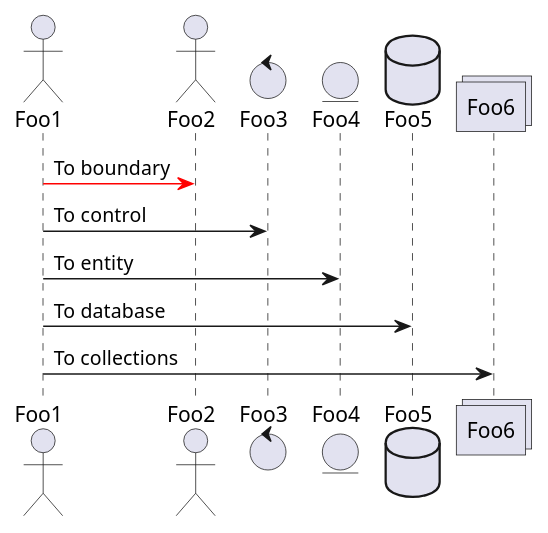
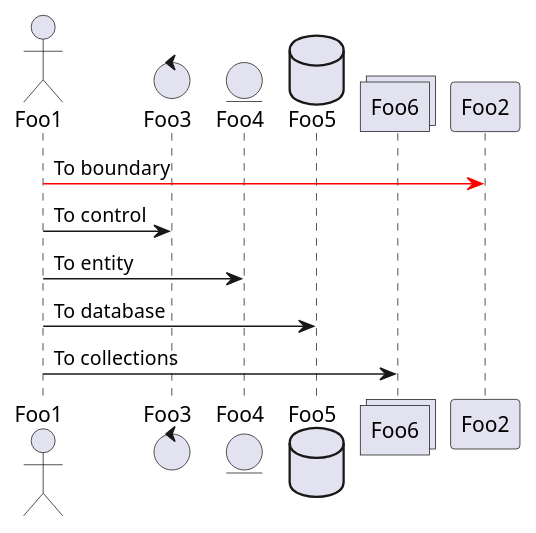
One commit to mykolenkomitya/uml changed the diagram in 3.puml. Above: the diagram before and after it, drawn with PlantUML. The commit also changed 5 other files, not shown here.

```diff
--- a/3.puml
+++ b/3.puml
@@ -1,14 +1,12 @@
 @startuml
 actor Foo1
-actor Foo2
-boundary Foo2
 control Foo3
 entity Foo4
 database Foo5
 collections Foo6
 Foo1 -[#red]> Foo2 : To boundary
 Foo1 -> Foo3 : To control
 Foo1 -> Foo4 : To entity
 Foo1 -> Foo5 : To database
 Foo1 -> Foo6 : To collections
 @enduml
```
